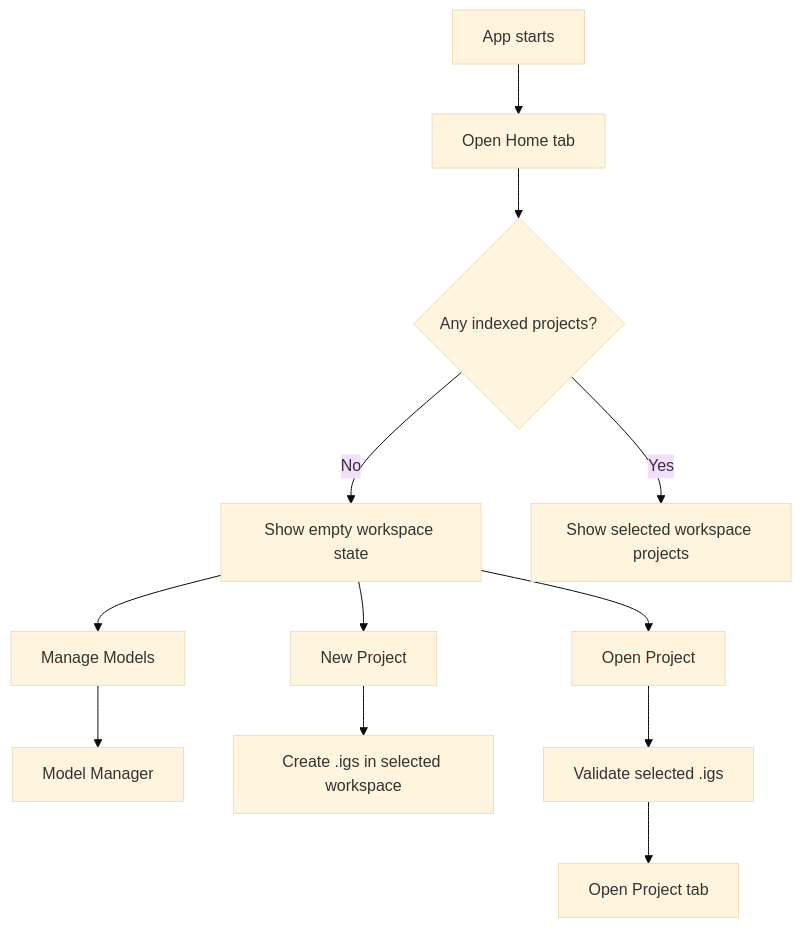
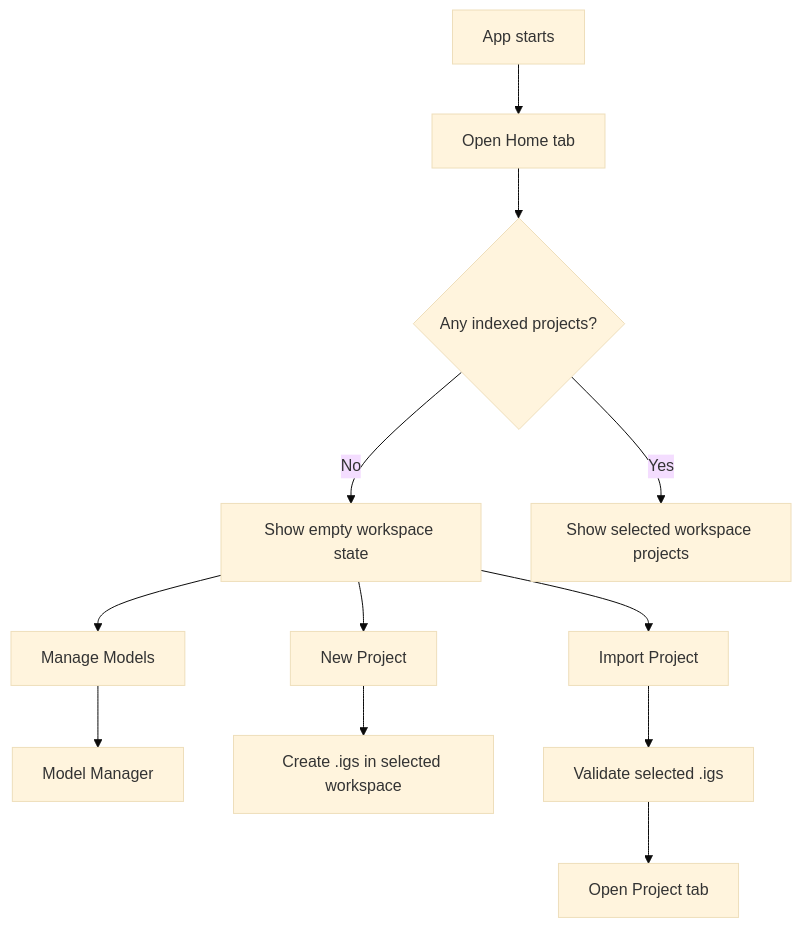
One commit to BMFreed/imagegen-studio changed the second of 6 diagrams in docs/features/home-screen.md. Above: the diagram before and after it, drawn with Mermaid (base theme). The commit also changed other lines of this file and 41 other files, not shown here.

````diff
--- a/docs/features/home-screen.md
+++ b/docs/features/home-screen.md
@@ -279,14 +281,14 @@
 ```mermaid
 flowchart TD
   A["App starts"] --> B["Open Home tab"]
   B --> C{"Any indexed projects?"}
   C -- "No" --> D["Show empty workspace state"]
   C -- "Yes" --> E["Show selected workspace projects"]
   D --> F["New Project"]
-  D --> G["Open Project"]
+  D --> G["Import Project"]
   D --> H["Manage Models"]
   H --> I["Model Manager"]
   F --> J["Create .igs in selected workspace"]
   G --> K["Validate selected .igs"]
   K --> L["Open Project tab"]
 ```
````
